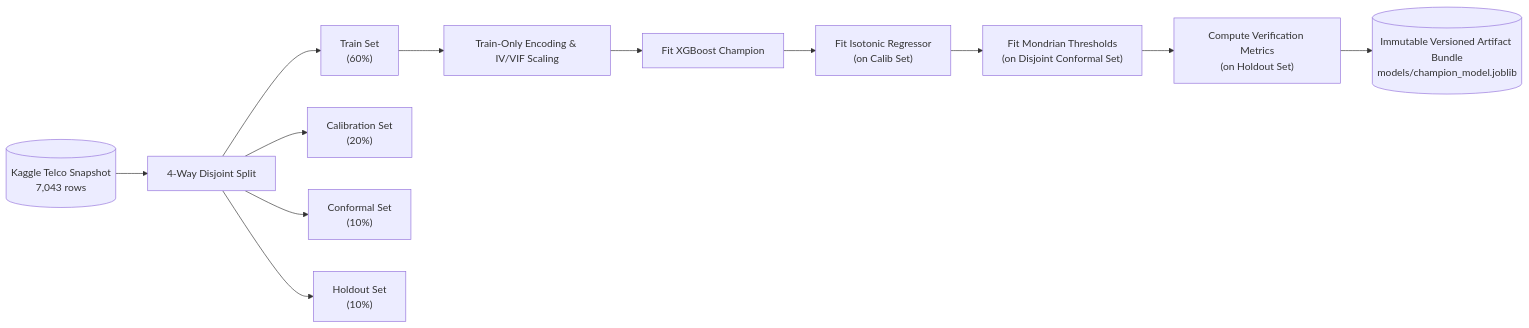
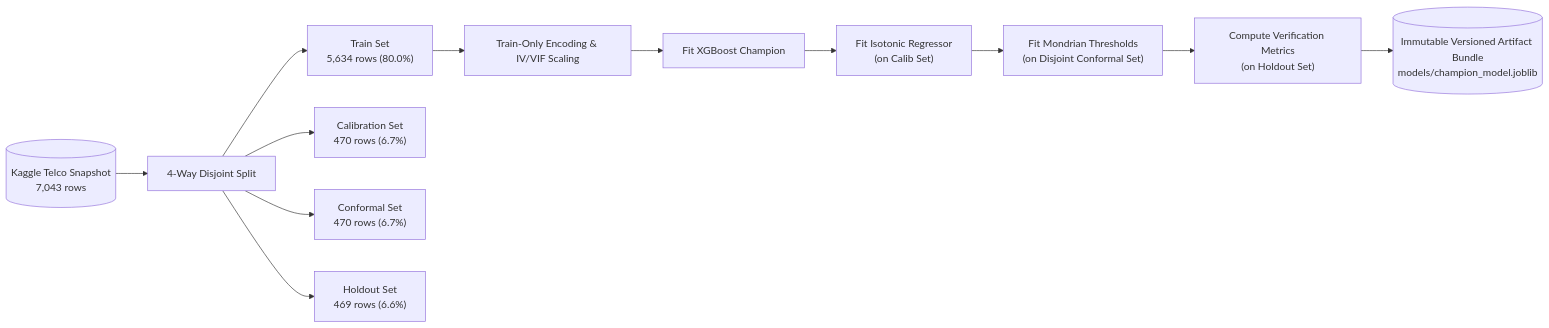
The second of 3 diagrams in docs/ARCHITECTURE.md (kashish-sachdeva-ds/retentionai), drawn with Mermaid before and after one commit. The commit also changed other lines of this file and 9 other files, not shown here.

````diff
--- a/docs/ARCHITECTURE.md
+++ b/docs/ARCHITECTURE.md
@@ -49,18 +49,18 @@
 ```mermaid
 flowchart LR
     Kaggle[("Kaggle Telco Snapshot<br/>7,043 rows")] --> Split["4-Way Disjoint Split"]
     
-    Split --> Train["Train Set<br/>(60%)"]
-    Split --> Calib["Calibration Set<br/>(20%)"]
-    Split --> Conf["Conformal Set<br/>(10%)"]
-    Split --> Holdout["Holdout Set<br/>(10%)"]
+    Split --> Train["Train Set<br/>5,634 rows (80.0%)"]
+    Split --> Calib["Calibration Set<br/>470 rows (6.7%)"]
+    Split --> Conf["Conformal Set<br/>470 rows (6.7%)"]
+    Split --> Holdout["Holdout Set<br/>469 rows (6.6%)"]
 
     Train --> FeatEng["Train-Only Encoding & IV/VIF Scaling"]
     FeatEng --> XGB["Fit XGBoost Champion"]
     
     XGB --> Calibrator["Fit Isotonic Regressor<br/>(on Calib Set)"]
     Calibrator --> Mondrian["Fit Mondrian Thresholds<br/>(on Disjoint Conformal Set)"]
     
     Mondrian --> EvalReport["Compute Verification Metrics<br/>(on Holdout Set)"]
     EvalReport --> Bundle[("Immutable Versioned Artifact Bundle<br/>models/champion_model.joblib")]
 ```
````
